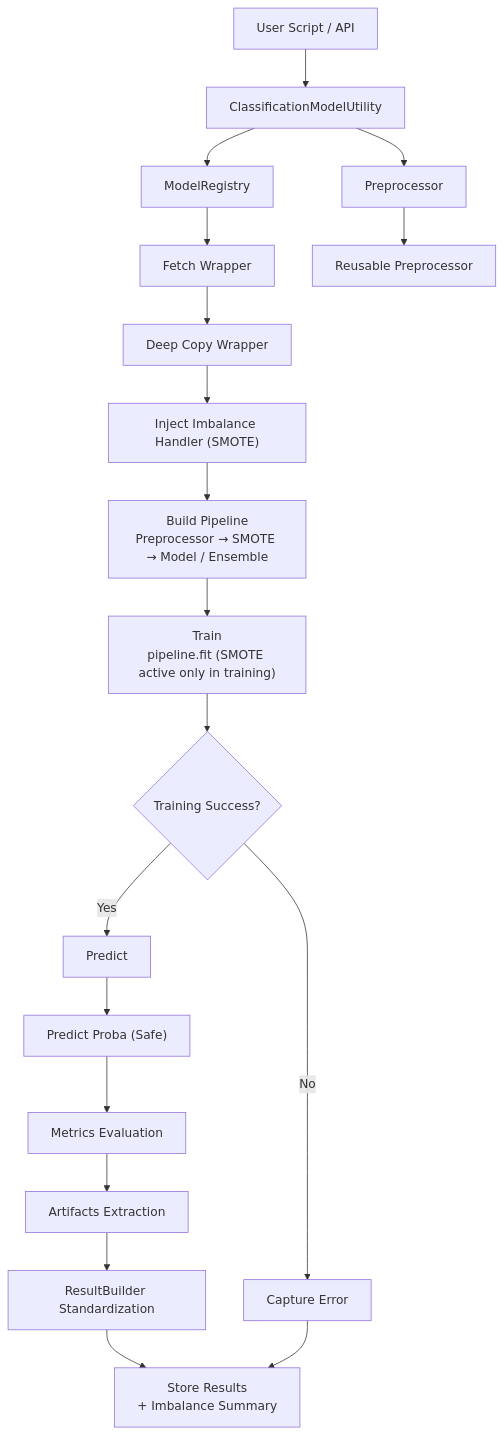
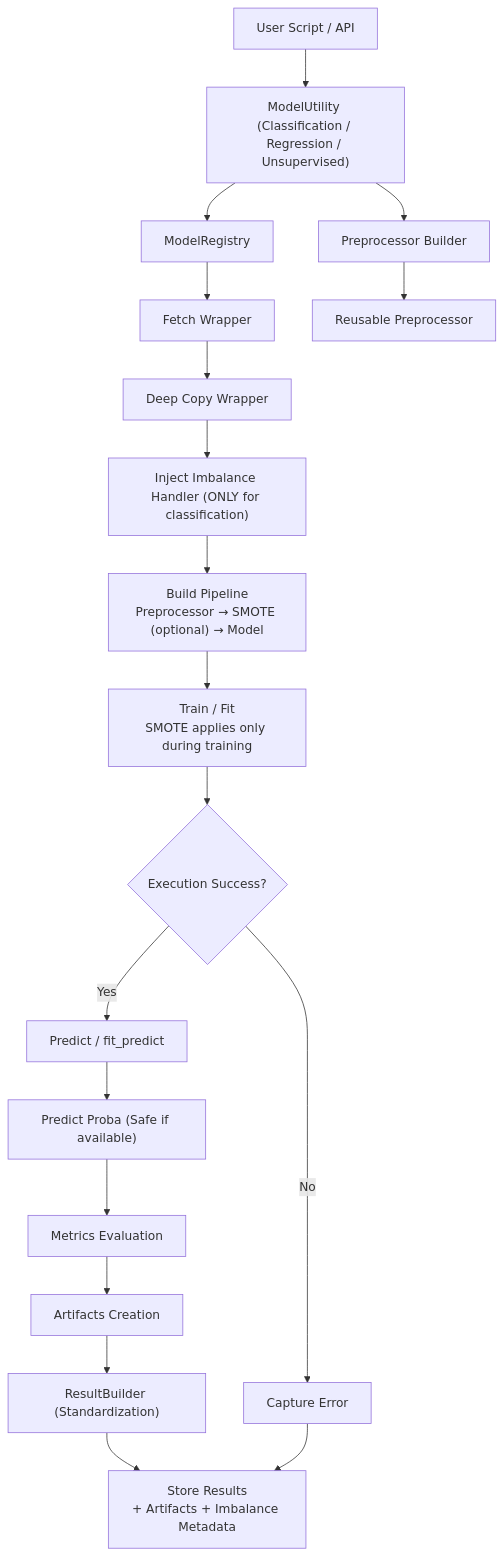
Before and after one commit to abhinavssingh/python-learnings: the second of 6 diagrams in lib/utility/machinelearning/README.md, drawn with Mermaid. The commit also changed other lines of this file and 41 other files, not shown here.

````diff
--- a/lib/utility/machinelearning/README.md
+++ b/lib/utility/machinelearning/README.md
@@ -55,36 +60,36 @@
 ```mermaid
 flowchart TD
 
-    A[User Script / API] --> B[ClassificationModelUtility]
+    A[User Script / API] --> B["ModelUtility (Classification / Regression / Unsupervised)"]
 
     B --> C[ModelRegistry]
-    B --> D[Preprocessor]
+    B --> D[Preprocessor Builder]
 
     C --> E[Fetch Wrapper]
     E --> F[Deep Copy Wrapper]
 
     D --> G[Reusable Preprocessor]
 
-    F --> H["Inject Imbalance Handler (SMOTE)"]
+    F --> H["Inject Imbalance Handler (ONLY for classification)"]
 
-    H --> I["Build Pipeline<br/>Preprocessor → SMOTE → Model / Ensemble"]
+    H --> I["Build Pipeline<br/>Preprocessor → SMOTE (optional) → Model"]
 
-    I --> J["Train<br/>pipeline.fit (SMOTE active only in training)"]
+    I --> J["Train / Fit<br/>SMOTE applies only during training"]
 
-    J --> K{Training Success?}
+    J --> K{Execution Success?}
 
-    K -->|Yes| L[Predict]
+    K -->|Yes| L[Predict / fit_predict]
     K -->|No| Z[Capture Error]
 
-    L --> M["Predict Proba (Safe)"]
+    L --> M["Predict Proba (Safe if available)"]
 
     M --> N[Metrics Evaluation]
 
-    N --> O[Artifacts Extraction]
+    N --> O[Artifacts Creation]
 
-    O --> P[ResultBuilder Standardization]
+    O --> P["ResultBuilder (Standardization)"]
 
-    P --> Q["Store Results<br/>+ Imbalance Summary"]
+    P --> Q["Store Results<br/>+ Artifacts + Imbalance Metadata"]
 
     Z --> Q
 ```
````
